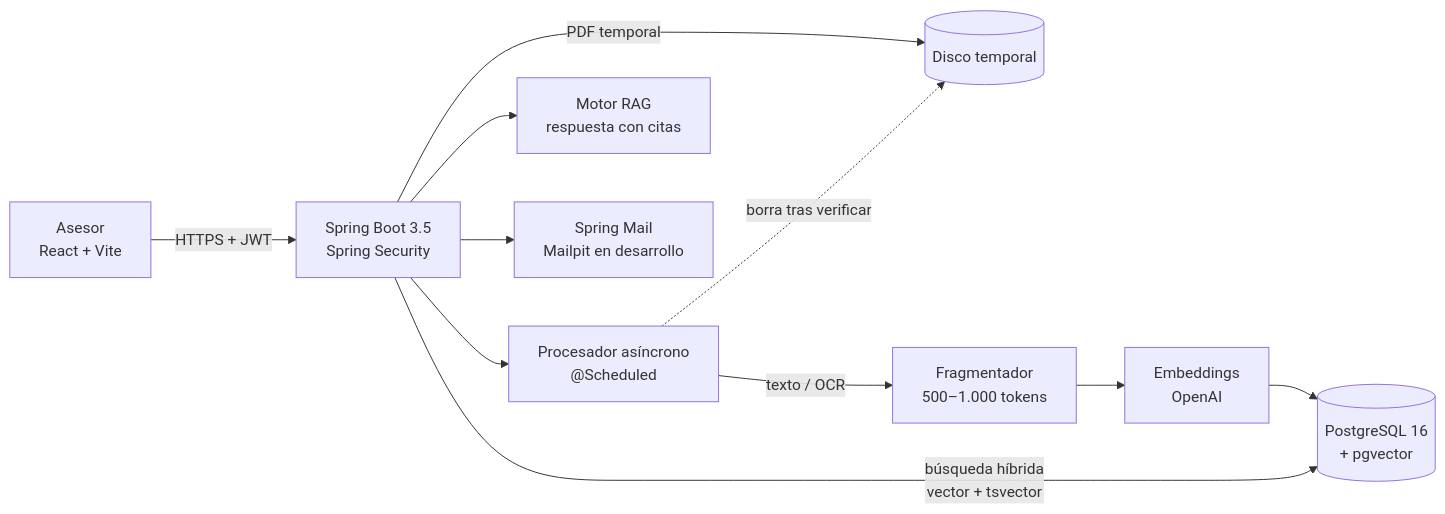
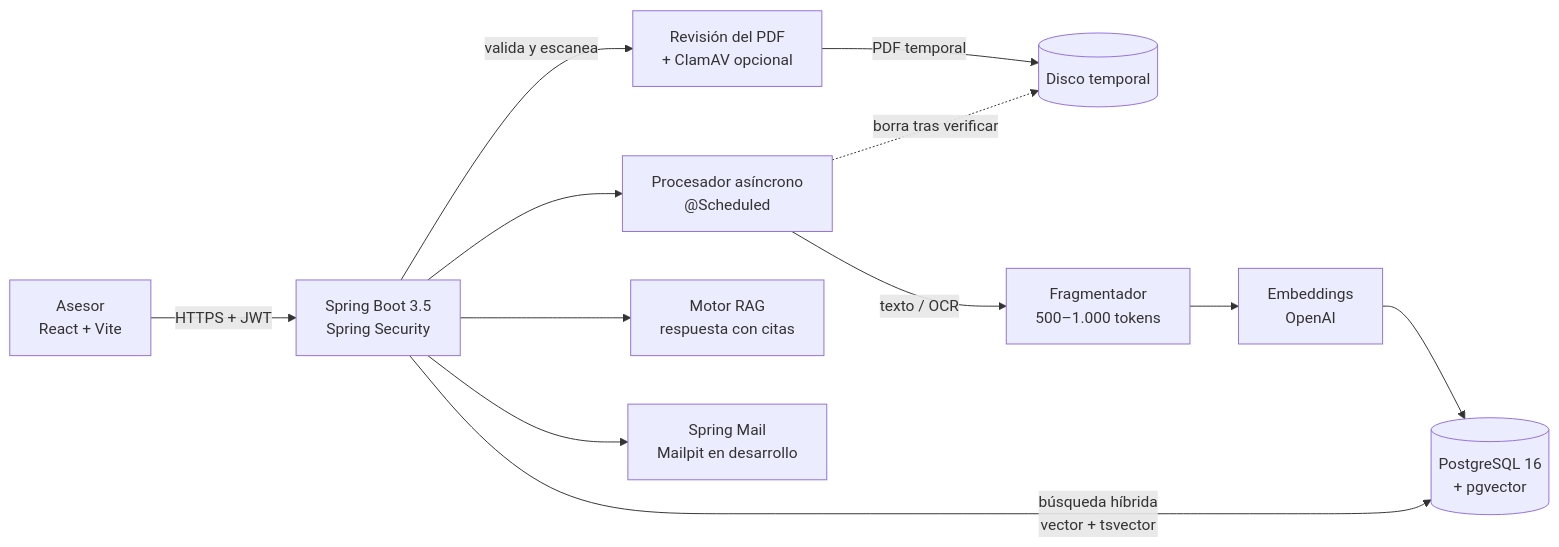
Before and after one commit to sebastianace/PREDIA: the diagram in README.md, drawn with Mermaid. The commit also changed other lines of this file and 3 other files, not shown here.

````diff
--- a/README.md
+++ b/README.md
@@ -61,13 +62,14 @@
 ```mermaid
 flowchart LR
     U[Asesor<br/>React + Vite] -- HTTPS + JWT --> API[Spring Boot 3.5<br/>Spring Security]
-    API -- PDF temporal --> TMP[(Disco temporal)]
+    API -- valida y escanea --> AV[Revisión del PDF<br/>+ ClamAV opcional]
+    AV -- PDF temporal --> TMP[(Disco temporal)]
     API --> JOB[Procesador asíncrono<br/>@Scheduled]
     JOB -- texto / OCR --> FR[Fragmentador<br/>500–1.000 tokens]
     FR --> EMB[Embeddings<br/>OpenAI]
     EMB --> PG[(PostgreSQL 16<br/>+ pgvector)]
     JOB -. borra tras verificar .-> TMP
     API -- búsqueda híbrida<br/>vector + tsvector --> PG
     API --> RAG[Motor RAG<br/>respuesta con citas]
     API --> MAIL[Spring Mail<br/>Mailpit en desarrollo]
 ```
````
